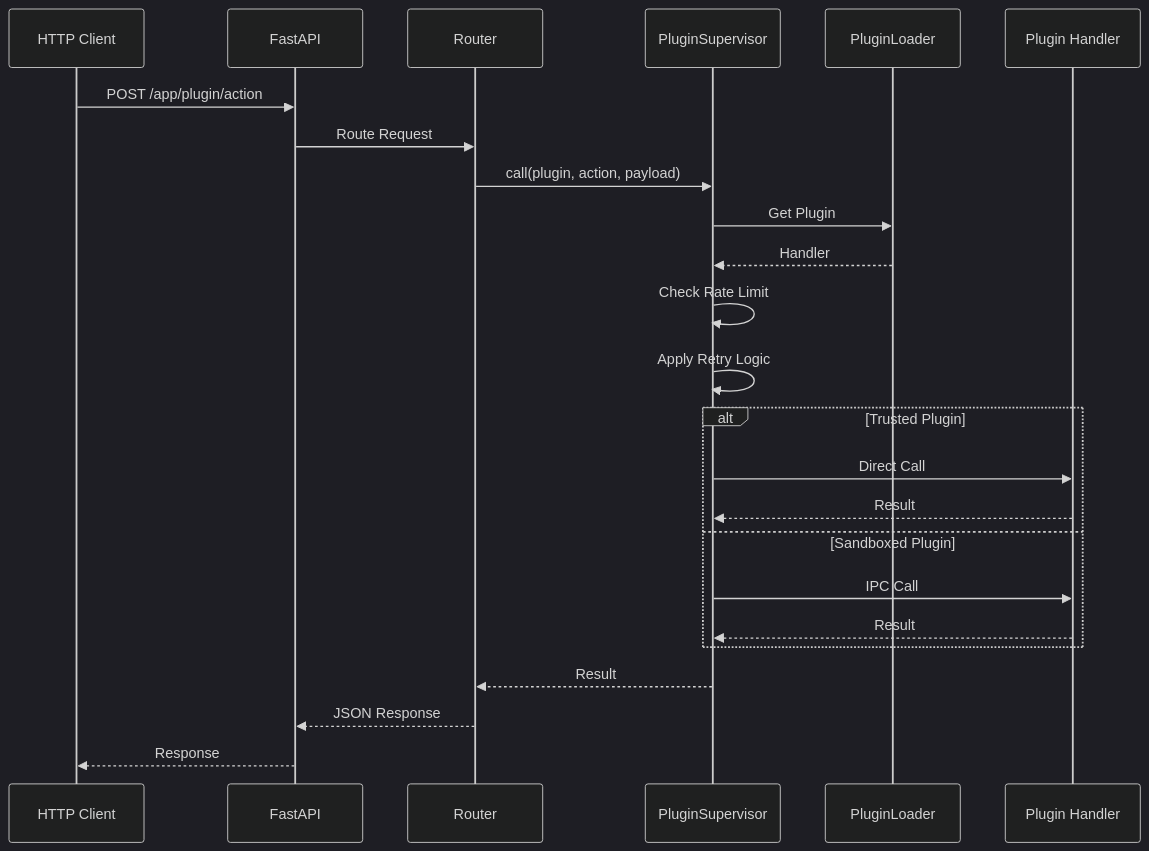
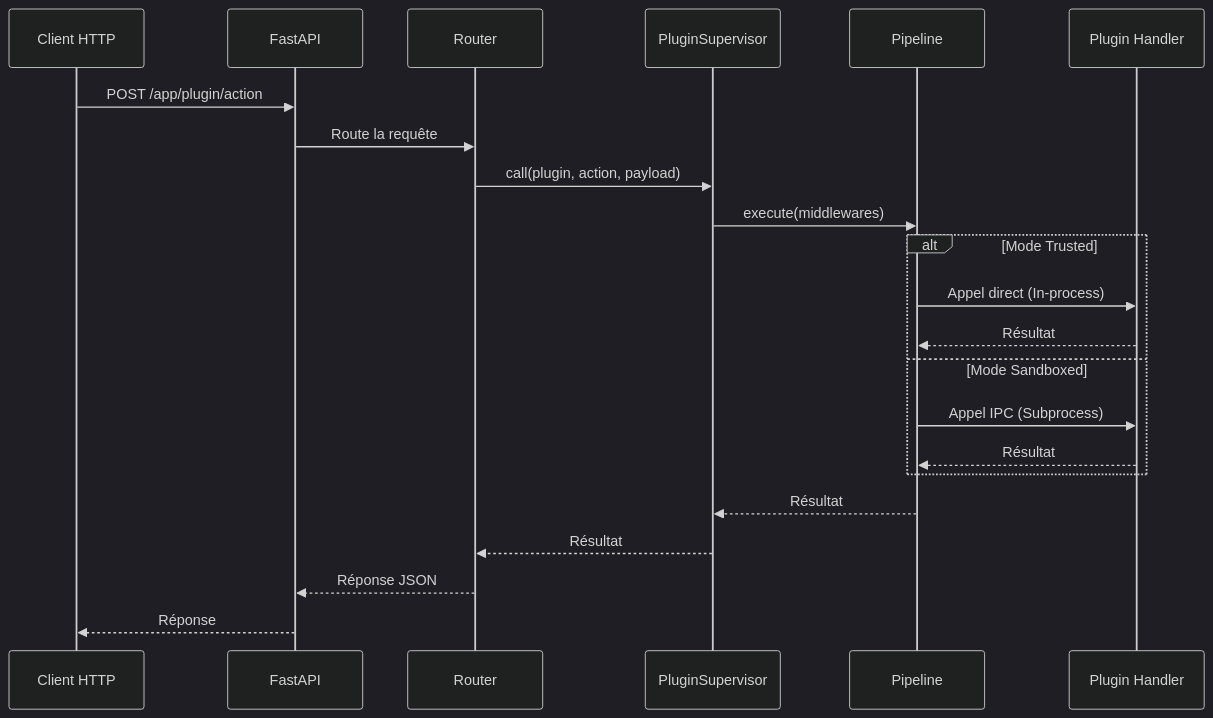
One commit to traoreera/xcore changed the fifth of 5 diagrams in doc/architecture/overview.md. Above: the diagram before and after it, drawn with Mermaid (dark theme). The commit also changed other lines of this file and 15 other files, not shown here.

````diff
--- a/doc/architecture/overview.md
+++ b/doc/architecture/overview.md
@@ -312,31 +258,28 @@
 ```mermaid
 sequenceDiagram
-    participant HTTP as HTTP Client
+    participant HTTP as Client HTTP
     participant FA as FastAPI
     participant R as Router
     participant PS as PluginSupervisor
-    participant PL as PluginLoader
+    participant MP as Pipeline
     participant Handler as Plugin Handler
 
     HTTP->>FA: POST /app/plugin/action
-    FA->>R: Route Request
+    FA->>R: Route la requête
     R->>PS: call(plugin, action, payload)
 
-    PS->>PL: Get Plugin
-    PL-->>PS: Handler
+    PS->>MP: execute(middlewares)
 
-    PS->>PS: Check Rate Limit
-    PS->>PS: Apply Retry Logic
-
-    alt Trusted Plugin
-        PS->>Handler: Direct Call
-        Handler-->>PS: Result
-    else Sandboxed Plugin
-        PS->>Handler: IPC Call
-        Handler-->>PS: Result
+    alt Mode Trusted
+        MP->>Handler: Appel direct (In-process)
+        Handler-->>MP: Résultat
+    else Mode Sandboxed
+        MP->>Handler: Appel IPC (Subprocess)
+        Handler-->>MP: Résultat
     end
 
-    PS-->>R: Result
-    R-->>FA: JSON Response
-    FA-->>HTTP: Response
+    MP-->>PS: Résultat
+    PS-->>R: Résultat
+    R-->>FA: Réponse JSON
+    FA-->>HTTP: Réponse
 ```
````
